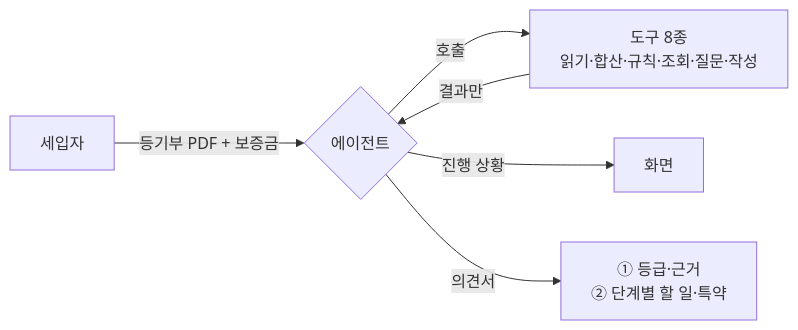
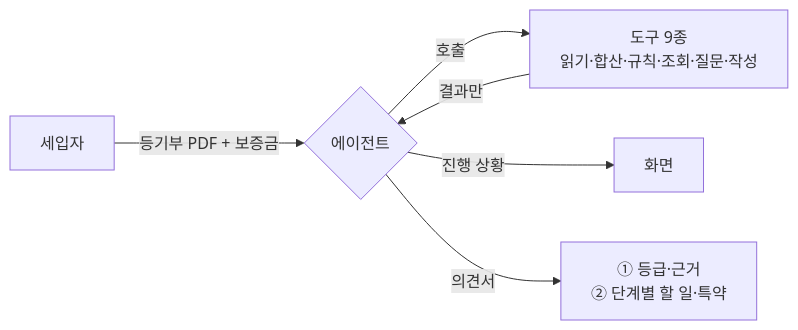
Before and after one commit to HoyoungParkme/deposit-guard: the diagram in docs/specs/02-PRD/JSD-PRD-001.md, drawn with Mermaid.

Commit message:
요약 그림의 도구 수를 9종으로 고쳤다

````diff
--- a/docs/specs/02-PRD/JSD-PRD-001.md
+++ b/docs/specs/02-PRD/JSD-PRD-001.md
@@ -13,8 +13,8 @@
 ```mermaid
 flowchart LR
     U[세입자] -->|등기부 PDF + 보증금| A{에이전트}
-    A -->|호출| T[도구 8종<br/>읽기·합산·규칙·조회·질문·작성]
+    A -->|호출| T[도구 9종<br/>읽기·합산·규칙·조회·질문·작성]
     T -->|결과만| A
     A -->|진행 상황| S[화면]
     A -->|의견서| O[① 등급·근거<br/>② 단계별 할 일·특약]
 ```
````
